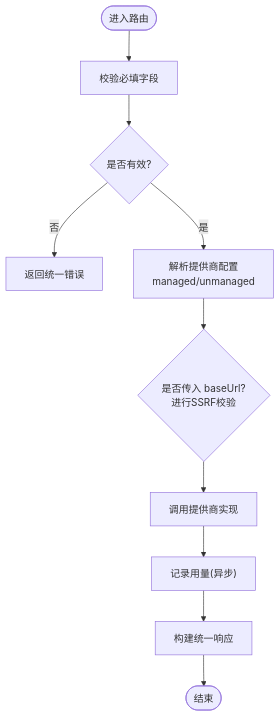
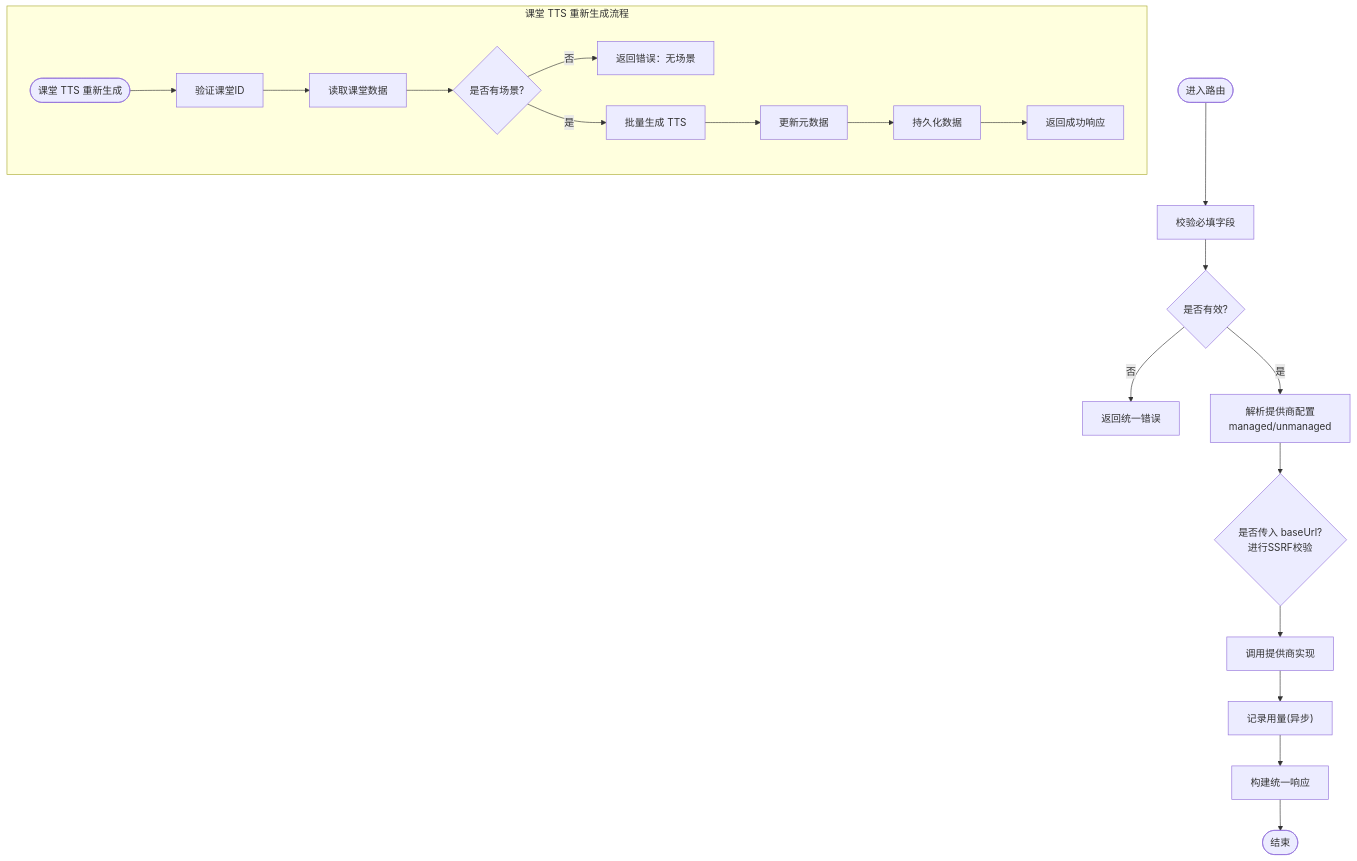
One commit to huangboheng/OpenMAIC changed the second of 7 diagrams in .qoder/repowiki/zh/content/API 接口参考/生成类 API/媒体生成 API.md. Above: the diagram before and after it, drawn with Mermaid. The commit also changed other lines of this file and 9 other files, not shown here.

````diff
--- a/.qoder/repowiki/zh/content/API 接口参考/生成类 API/媒体生成 API.md
+++ b/.qoder/repowiki/zh/content/API 接口参考/生成类 API/媒体生成 API.md
@@ -85,12 +107,22 @@
 ```mermaid
 flowchart TD
 Start(["进入路由"]) --> Validate["校验必填字段"]
 Validate --> Valid{"是否有效?"}
 Valid --> |否| ReturnError["返回统一错误"]
 Valid --> |是| ResolveCfg["解析提供商配置<br/>managed/unmanaged"]
 ResolveCfg --> SSRFCheck{"是否传入 baseUrl?<br/>进行SSRF校验"}
 SSRFCheck --> CallProvider["调用提供商实现"]
 CallProvider --> RecordUsage["记录用量(异步)"]
 RecordUsage --> BuildResponse["构建统一响应"]
 BuildResponse --> End(["结束"])
+subgraph 课堂 TTS 重新生成流程
+ClassroomStart(["课堂 TTS 重新生成"]) --> ValidateClassroom["验证课堂ID"]
+ValidateClassroom --> ReadClassroom["读取课堂数据"]
+ReadClassroom --> CheckScenes{"是否有场景?"}
+CheckScenes --> |否| ErrorNoScenes["返回错误：无场景"]
+CheckScenes --> |是| GenerateTTS["批量生成 TTS"]
+GenerateTTS --> UpdateMetadata["更新元数据"]
+UpdateMetadata --> PersistData["持久化数据"]
+PersistData --> SuccessReturn["返回成功响应"]
+end
 ```
````
